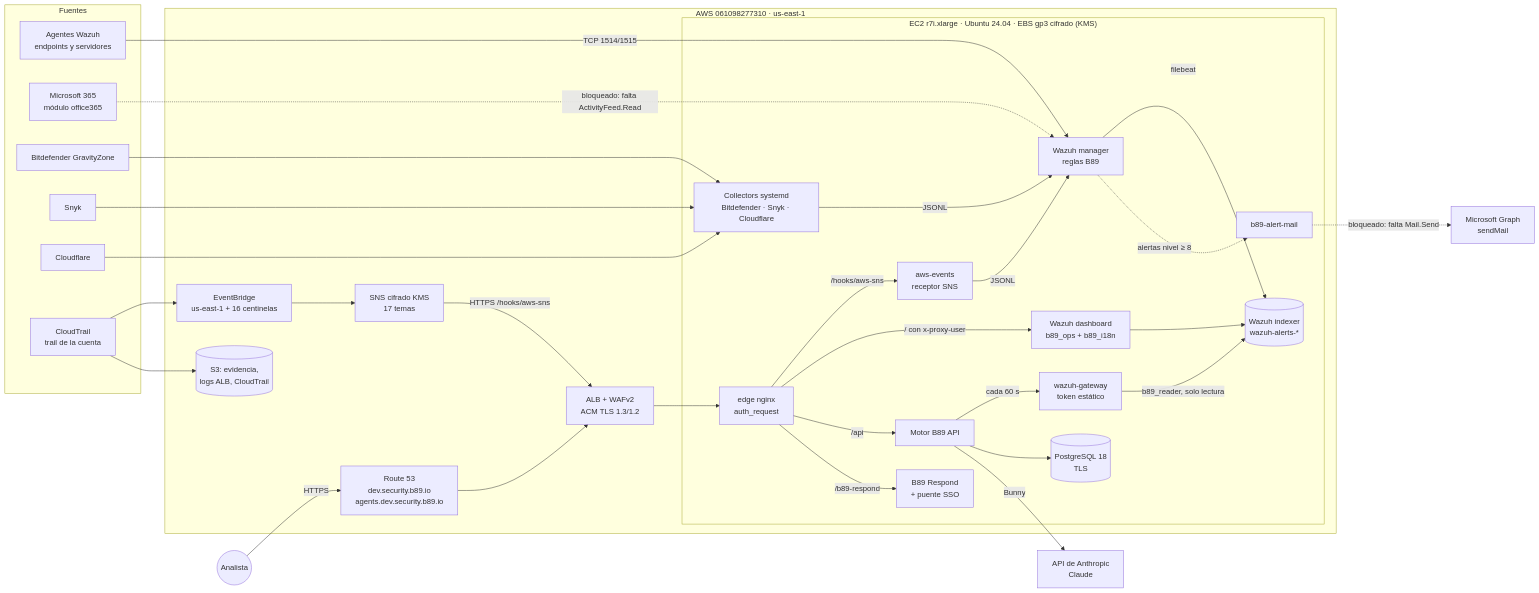
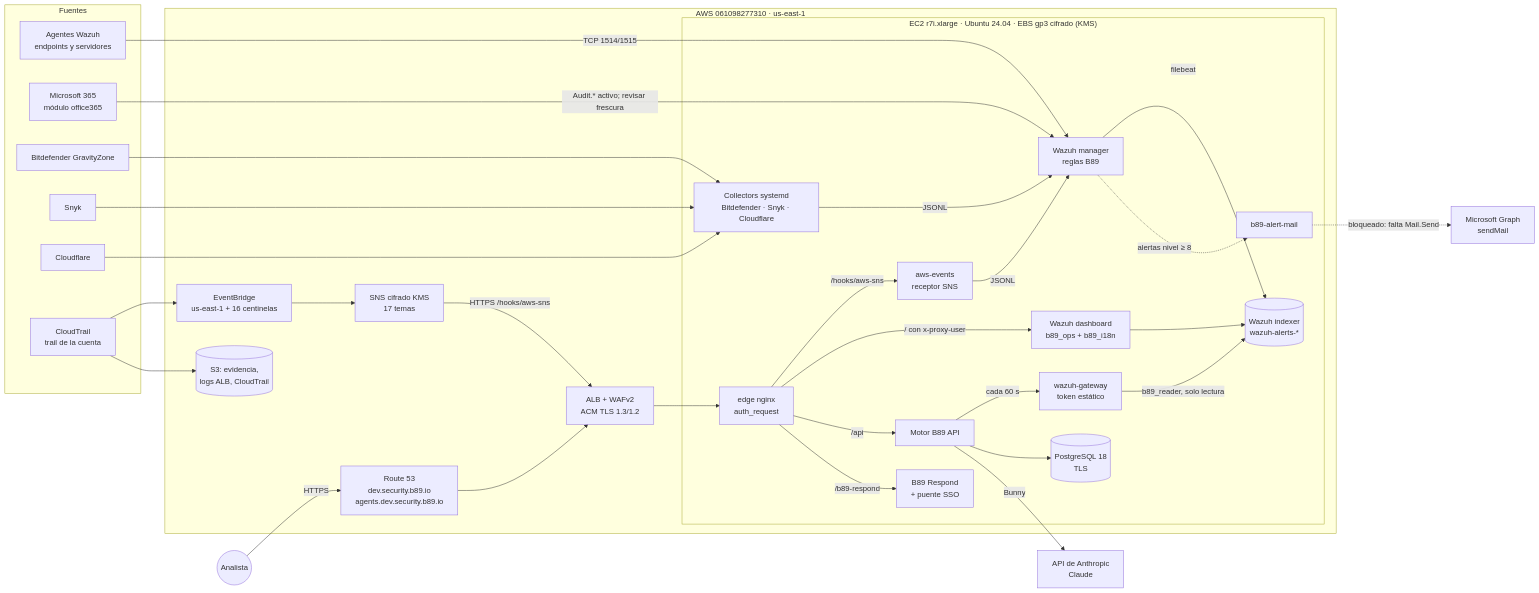
The diagram in docs/02-arquitectura.md (CyberStill-GmbH/b89-secops), drawn with Mermaid before and after one commit. The commit also changed 225 other files, not shown here.

````diff
--- a/docs/02-arquitectura.md
+++ b/docs/02-arquitectura.md
@@ -18,49 +18,49 @@
 ```mermaid
 flowchart LR
   subgraph Fuentes
     AG[Agentes Wazuh<br/>endpoints y servidores]
     M365[Microsoft 365<br/>módulo office365]
     BD[Bitdefender GravityZone]
     SN[Snyk]
     CF[Cloudflare]
     CT[CloudTrail<br/>trail de la cuenta]
   end
   subgraph AWS["AWS 061098277310 · us-east-1"]
     EB[EventBridge<br/>us-east-1 + 16 centinelas]
     SNS[SNS cifrado KMS<br/>17 temas]
     R53[Route 53<br/>dev.security.b89.io<br/>agents.dev.security.b89.io]
     ALB[ALB + WAFv2<br/>ACM TLS 1.3/1.2]
     S3[(S3: evidencia,<br/>logs ALB, CloudTrail)]
     subgraph EC2["EC2 r7i.xlarge · Ubuntu 24.04 · EBS gp3 cifrado (KMS)"]
       EDGE[edge nginx<br/>auth_request]
       AWSR[aws-events<br/>receptor SNS]
       COL[Collectors systemd<br/>Bitdefender · Snyk · Cloudflare]
       MGR[Wazuh manager<br/>reglas B89]
       IDX[(Wazuh indexer<br/>wazuh-alerts-*)]
       DSB[Wazuh dashboard<br/>b89_ops + b89_i18n]
       GW[wazuh-gateway<br/>token estático]
       API[Motor B89 API]
       PG[(PostgreSQL 18<br/>TLS)]
       RESP[B89 Respond<br/>+ puente SSO]
       MAIL[b89-alert-mail]
     end
   end
   ANTH[API de Anthropic<br/>Claude]
   GRAPH[Microsoft Graph<br/>sendMail]
   U((Analista)) -->|HTTPS| R53 --> ALB --> EDGE
   AG -->|TCP 1514/1515| MGR
-  M365 -.->|bloqueado: falta ActivityFeed.Read| MGR
+  M365 -->|Audit.* activo; revisar frescura| MGR
   BD & SN & CF --> COL -->|JSONL| MGR
   CT --> EB --> SNS -->|HTTPS /hooks/aws-sns| ALB
   CT --> S3
   EDGE -->|/hooks/aws-sns| AWSR -->|JSONL| MGR
   MGR -->|filebeat| IDX
   DSB --> IDX
   EDGE -->|/ con x-proxy-user| DSB
   EDGE -->|/api| API
   EDGE -->|/b89-respond| RESP
   API -->|cada 60 s| GW -->|b89_reader, solo lectura| IDX
   API --> PG
   API -->|Bunny| ANTH
   MGR -.->|alertas nivel ≥ 8| MAIL -.->|bloqueado: falta Mail.Send| GRAPH
 ```
````
